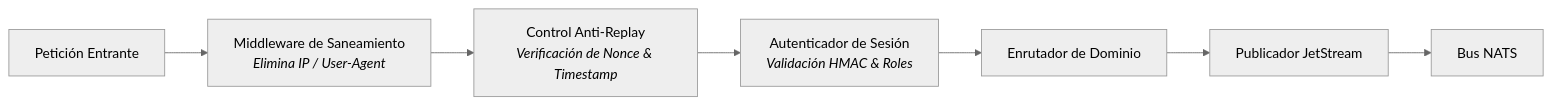
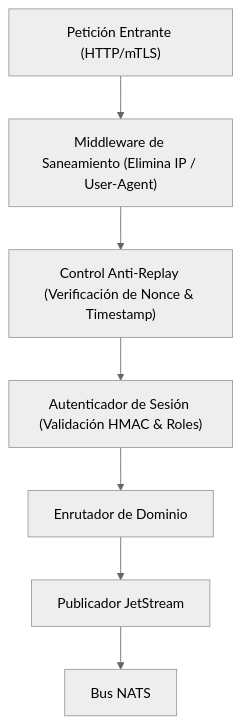
Before and after one commit to LuzuJ/LuzuJ.github.io: the third of 3 diagrams in content/sistemas-distribuidos/juez-seguro.md, drawn with Mermaid (neutral theme). The commit also changed 4 other files, not shown here.

Commit message:
fix(diagrams): convert horizontal pipeline chains to multi-stage vertical flowcharts for full typography legibility

````diff
--- a/content/sistemas-distribuidos/juez-seguro.md
+++ b/content/sistemas-distribuidos/juez-seguro.md
@@ -95,9 +95,9 @@
 ```mermaid
-graph LR
-    Req[Petición Entrante] --> MW_Scrub[Middleware de Saneamiento<br/><i>Elimina IP / User-Agent</i>]
-    MW_Scrub --> MW_Replay[Control Anti-Replay<br/><i>Verificación de Nonce & Timestamp</i>]
-    MW_Replay --> MW_Auth[Autenticador de Sesión<br/><i>Validación HMAC & Roles</i>]
-    MW_Auth --> Router[Enrutador de Dominio]
-    Router --> NATS_Pub[Publicador JetStream]
-    NATS_Pub --> NATS_Bus[Bus NATS]
+flowchart TD
+    Req["Petición Entrante (HTTP/mTLS)"] --> MW_Scrub["Middleware de Saneamiento (Elimina IP / User-Agent)"]
+    MW_Scrub --> MW_Replay["Control Anti-Replay (Verificación de Nonce & Timestamp)"]
+    MW_Replay --> MW_Auth["Autenticador de Sesión (Validación HMAC & Roles)"]
+    MW_Auth --> Router["Enrutador de Dominio"]
+    Router --> NATS_Pub["Publicador JetStream"]
+    NATS_Pub --> NATS_Bus["Bus NATS"]
 ```
````
